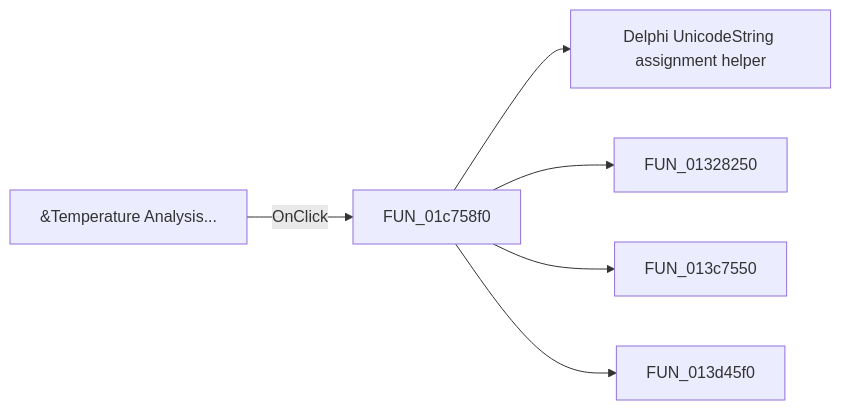
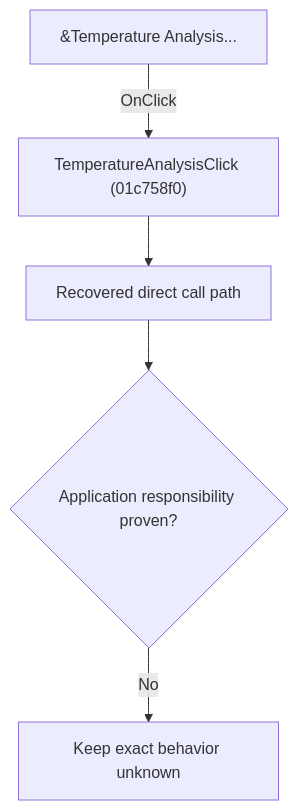
The diagram in docs/ui-controls/schematiceditor/temperatureanalysis1-f55dccbcc8.md (MovGP0/TIARA), drawn with Mermaid before and after one commit. The commit also changed other lines of this file and 1062 other files, not shown here.

````diff
--- a/docs/ui-controls/schematiceditor/temperatureanalysis1-f55dccbcc8.md
+++ b/docs/ui-controls/schematiceditor/temperatureanalysis1-f55dccbcc8.md
@@ -27,8 +27,7 @@
 ```mermaid
-flowchart LR
-    control["&Temperature Analysis..."] -->|OnClick| handler["FUN_01c758f0"]
-    handler --> call1["Delphi UnicodeString assignment helper"]
-    handler --> call2["FUN_01328250"]
-    handler --> call3["FUN_013c7550"]
-    handler --> call4["FUN_013d45f0"]
+flowchart TD
+    control["&Temperature Analysis..."] -->|"OnClick"| handler["TemperatureAnalysisClick (01c758f0)"]
+    handler --> recovered["Recovered direct call path"]
+    recovered --> gap{"Application responsibility proven?"}
+    gap -->|"No"| blocked["Keep exact behavior unknown"]
 ```
````
